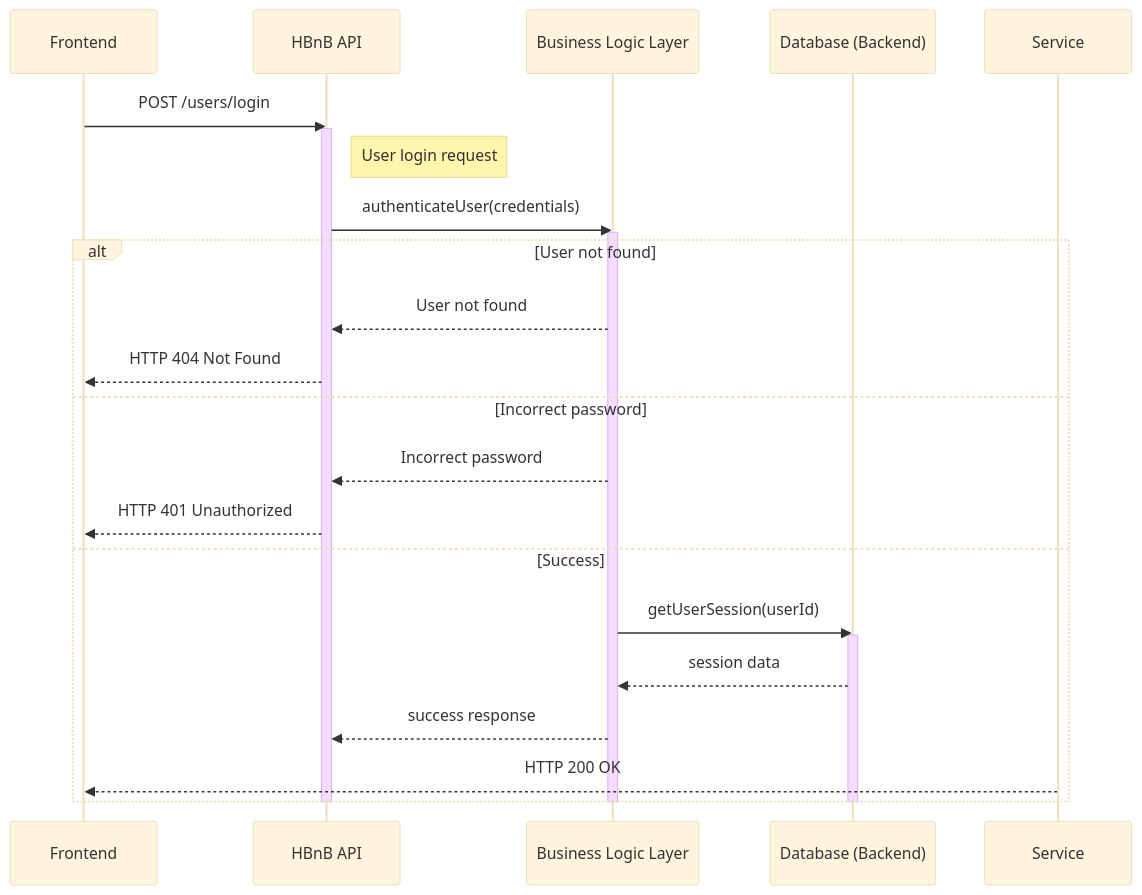
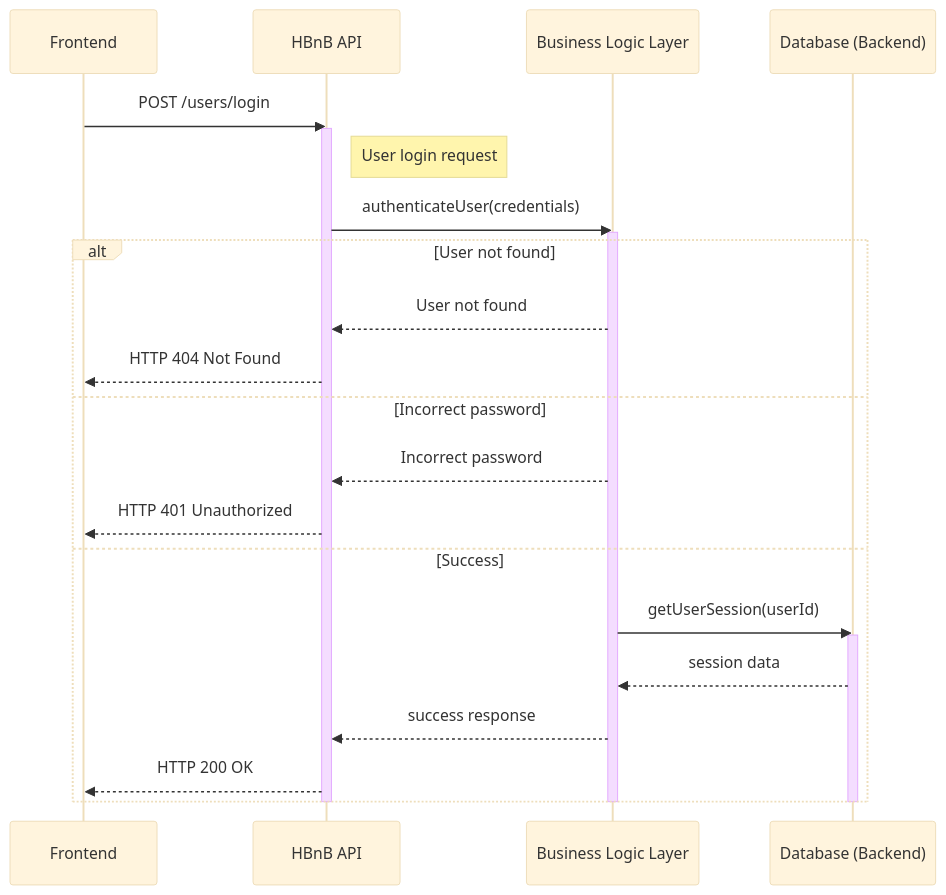
The second of 3 diagrams in part1/task_3.md (LEROY-Yanis/holbertonschool-hbnb), drawn with Mermaid (base theme) before and after one commit. The commit also changed other lines of this file, not shown here.

````diff
--- a/part1/task_3.md
+++ b/part1/task_3.md
@@ -53,32 +53,32 @@
 ```mermaid
 sequenceDiagram
     participant User as Frontend
     participant API as HBnB API
     participant Logic as Business Logic Layer
     participant Storage as Database (Backend)
 
     User->>API: POST /users/login
     activate API
     Note right of API: User login request
 
     API->>Logic: authenticateUser(credentials)
     activate Logic
 
     alt User not found
         Logic-->>API: User not found
         API-->>User: HTTP 404 Not Found
     else Incorrect password
         Logic-->>API: Incorrect password
         API-->>User: HTTP 401 Unauthorized
     else Success
         Logic->>Storage: getUserSession(userId)
         activate Storage
         Storage-->>Logic: session data
         Logic-->>API: success response
-        Service-->>User: HTTP 200 OK
+        API-->>User: HTTP 200 OK
     end
 
     deactivate Storage
     deactivate Logic
     deactivate API
 ```
````
